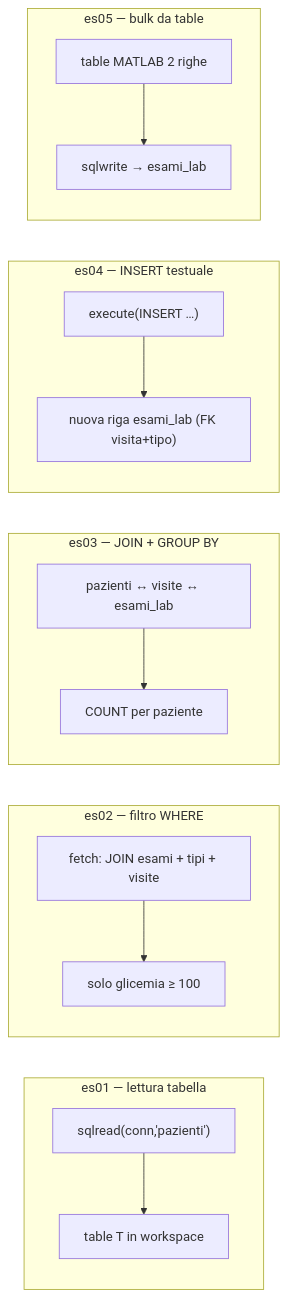
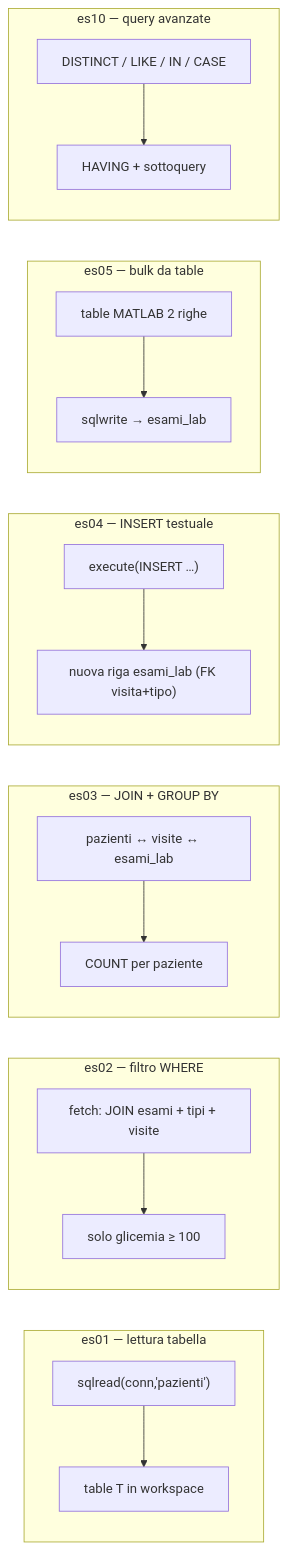
Before and after one commit to lucadagati/Lab_Fondamenti_di_Informatica_25_26: the third of 6 diagrams in 07-matlab-sqlite-database/README.md, drawn with Mermaid. The commit also changed other lines of this file and 18 other files, not shown here.

````diff
--- a/07-matlab-sqlite-database/README.md
+++ b/07-matlab-sqlite-database/README.md
@@ -240,18 +303,21 @@
 ```mermaid
 flowchart LR
     subgraph es01["es01 — lettura tabella"]
         e1a["sqlread(conn,'pazienti')"] --> e1b["table T in workspace"]
     end
     subgraph es02["es02 — filtro WHERE"]
         e2a["fetch: JOIN esami + tipi + visite"] --> e2b["solo glicemia ≥ 100"]
     end
     subgraph es03["es03 — JOIN + GROUP BY"]
         e3a["pazienti ↔ visite ↔ esami_lab"] --> e3b["COUNT per paziente"]
     end
     subgraph es04["es04 — INSERT testuale"]
         e4a["execute(INSERT …)"] --> e4b["nuova riga esami_lab (FK visita+tipo)"]
     end
     subgraph es05["es05 — bulk da table"]
         e5a["table MATLAB 2 righe"] --> e5b["sqlwrite → esami_lab"]
     end
+    subgraph es10["es10 — query avanzate"]
+        e10a["DISTINCT / LIKE / IN / CASE"] --> e10b["HAVING + sottoquery"]
+    end
 ```
````
